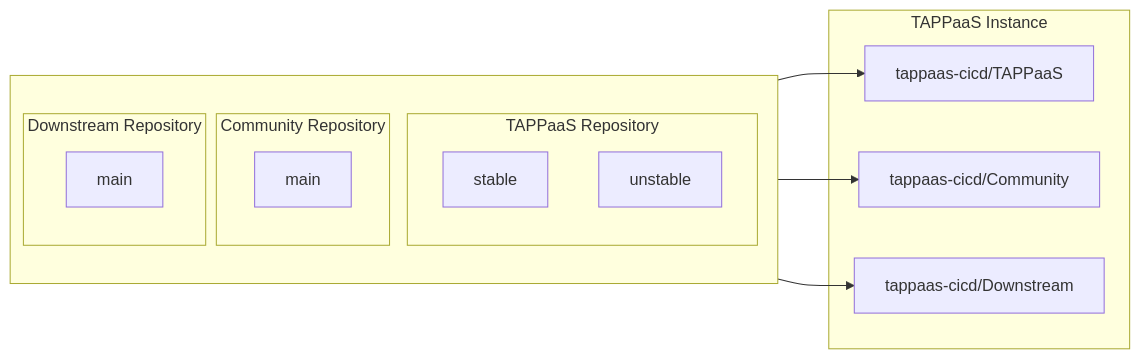
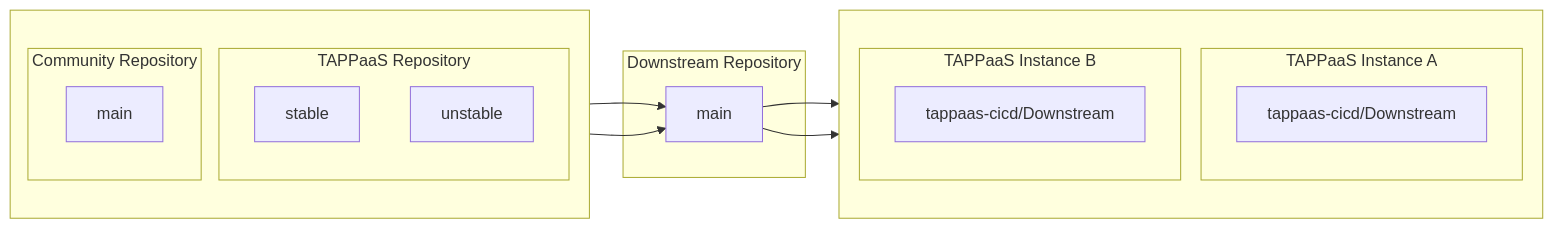
One commit to TAPPaaS/Documentation changed the third of 3 diagrams in docs/architecture/cicd-design/git-structure.md. Above: the diagram before and after it, drawn with Mermaid.

Commit message:
Update Downstream Repositories diagram
New structure:
- TAPPaaS unstable and Community main feed into Downstream main
- Downstream Repository is in the middle
- Two TAPPaaS Instances (A and B) clone from Downstream

🤖 Generated with [Claude Code](https://claude.com/claude-code)

````diff
--- a/docs/architecture/cicd-design/git-structure.md
+++ b/docs/architecture/cicd-design/git-structure.md
@@ -62,26 +62,32 @@
 ```mermaid
 flowchart LR
-    subgraph Repos[" "]
+    subgraph Sources[" "]
         direction TB
         subgraph TAPPaaS[TAPPaaS Repository]
             stable[stable]
             unstable[unstable]
         end
         subgraph Community[Community Repository]
             comm_main[main]
         end
-        subgraph Downstream[Downstream Repository]
-            down_main[main]
+    end
+
+    subgraph Downstream[Downstream Repository]
+        down_main[main]
+    end
+
+    subgraph Instances[" "]
+        direction TB
+        subgraph InstanceA[TAPPaaS Instance A]
+            localA[tappaas-cicd/Downstream]
+        end
+        subgraph InstanceB[TAPPaaS Instance B]
+            localB[tappaas-cicd/Downstream]
         end
     end
 
-    subgraph Instance[TAPPaaS Instance]
-        local[tappaas-cicd/TAPPaaS]
-        comm_local[tappaas-cicd/Community]
-        down_local[tappaas-cicd/Downstream]
-    end
-
-    stable --> local
-    comm_main --> comm_local
-    down_main --> down_local
+    unstable --> down_main
+    comm_main --> down_main
+    down_main --> localA
+    down_main --> localB
 ```
````
